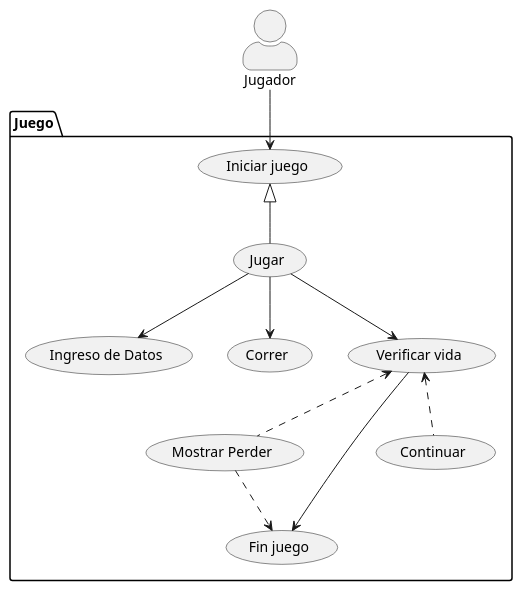
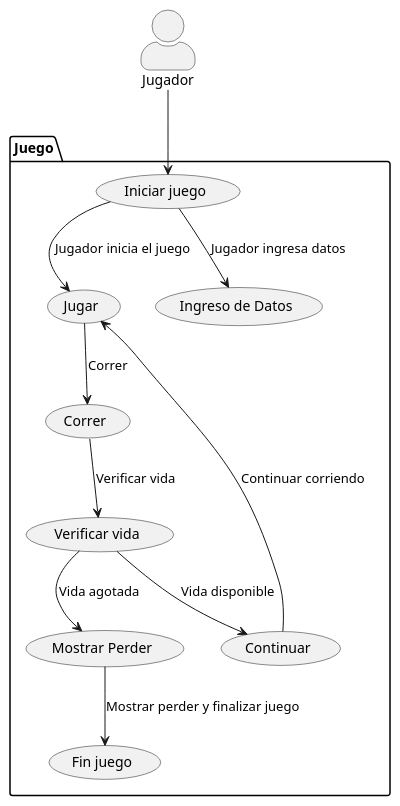
One commit to juanx199/Proyecto-final changed the diagram in casos_HR.plantuml. Above: the diagram before and after it, drawn with PlantUML.

Commit message:
Update casos_HR.plantuml
correcion

```diff
--- a/casos_HR.plantuml
+++ b/casos_HR.plantuml
@@ -1,27 +1,31 @@
 @startuml
 
 skinparam actorStyle awesome
 
-Jugador as player
+actor Jugador as player
 
-Package Juego {
-    usecase "Iniciar juego" as 1
-    usecase "Jugar" as 2
-    usecase "Ingreso de Datos" as 3
-    usecase "Correr" as 4
-    usecase "Verificar vida" as 5
-    usecase "Mostrar Perder" as 6
-    usecase "Fin juego" as 7
-    usecase "Continuar" as 8
+package Juego {
+    usecase "Iniciar juego" as UC1
+    usecase "Jugar" as UC2
+    usecase "Ingreso de Datos" as UC3
+    usecase "Correr" as UC4
+    usecase "Verificar vida" as UC5
+    usecase "Mostrar Perder" as UC6
+    usecase "Fin juego" as UC7
+    usecase "Continuar" as UC8
 }
-player --> 1
-1 <|-- 2
-2 --> 3
-2 --> 4
-2 --> 5
-5 <.. 6
-5 <.. 8
-6 ..> 7
-5 --> 7
+
+player --> UC1
+UC1 --> UC3 : "Jugador ingresa datos"
+UC1 --> UC2 : "Jugador inicia el juego"
+
+UC2 --> UC4 : "Correr"
+UC4 --> UC5 : "Verificar vida"
+
+UC5 --> UC6 : "Vida agotada"
+UC5 --> UC8 : "Vida disponible"
+
+UC6 --> UC7 : "Mostrar perder y finalizar juego"
+UC8 --> UC2 : "Continuar corriendo"
 
 @enduml
```
